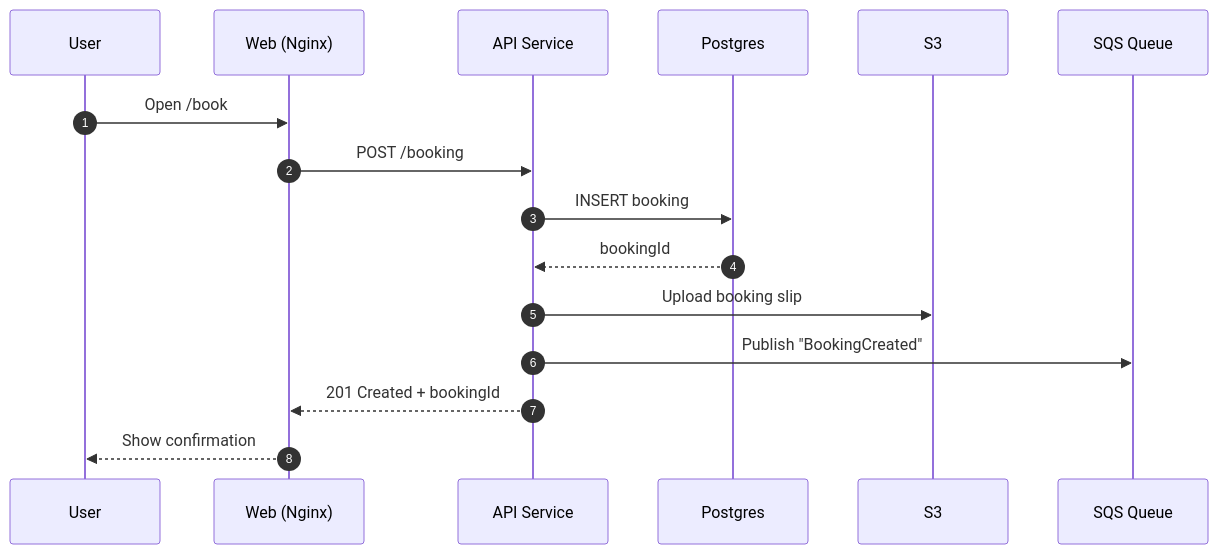
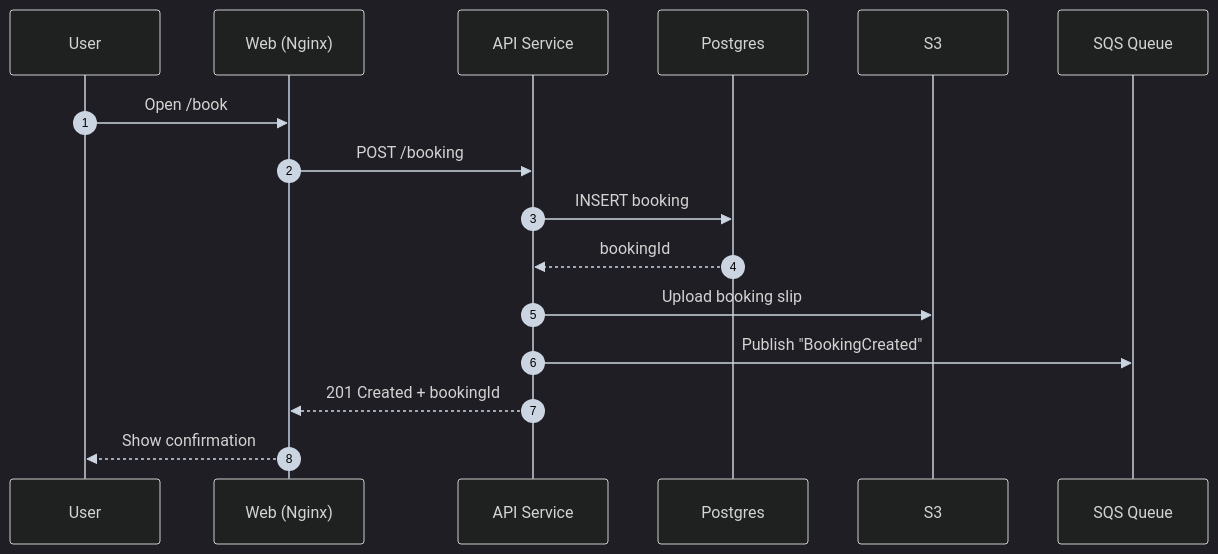
The fourth of 5 diagrams in docs/Solution_Architecture.md (shreyakri803/IndoorApp-Cloud-Migration-Microservices-Modernization-Case-Study), drawn with Mermaid before and after one commit. The commit also changed other lines of this file, not shown here.

````diff
--- a/docs/Solution_Architecture.md
+++ b/docs/Solution_Architecture.md
@@ -151,19 +156,20 @@
 ```mermaid
+%%{init: {"theme":"dark","themeVariables":{"background":"transparent","lineColor":"#9CA3AF","actorLineColor":"#9CA3AF","signalColor":"#CBD5E1"}} }%%
 sequenceDiagram
   autonumber
   participant User
   participant Web as Web (Nginx)
   participant API as API Service
   participant DB as Postgres
   participant S3 as S3
   participant MQ as SQS Queue
 
   User->>Web: Open /book
   Web->>API: POST /booking
   API->>DB: INSERT booking
   DB-->>API: bookingId
   API->>S3: Upload booking slip
   API->>MQ: Publish "BookingCreated"
   API-->>Web: 201 Created + bookingId
   Web-->>User: Show confirmation
 ```
````
